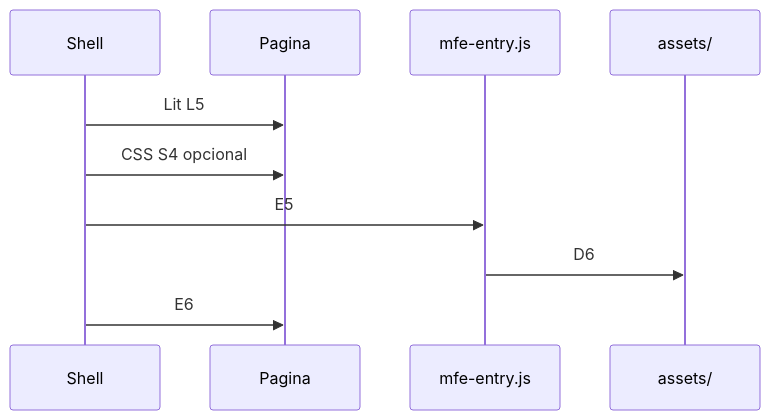
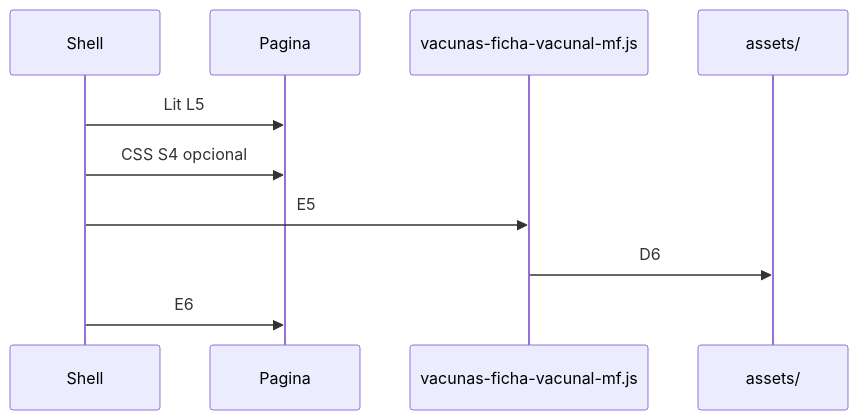
One commit to manuel-gutierrez-gs/vacunas-ficha-vacunal-mf changed the diagram in docs/SHELL_INTEGRATION.md. Above: the diagram before and after it, drawn with Mermaid. The commit also changed other lines of this file and 16 other files, not shown here.

````diff
--- a/docs/SHELL_INTEGRATION.md
+++ b/docs/SHELL_INTEGRATION.md
@@ -40,13 +26,13 @@
 ```mermaid
 sequenceDiagram
   participant Shell
   participant Page as Pagina
-  participant Entry as mfe-entry.js
+  participant Entry as vacunas-ficha-vacunal-mf.js
   participant Assets as assets/
 
   Shell->>Page: Lit L5
   Shell->>Page: CSS S4 opcional
   Shell->>Entry: E5
   Entry->>Assets: D6
   Shell->>Page: E6
 ```
````
